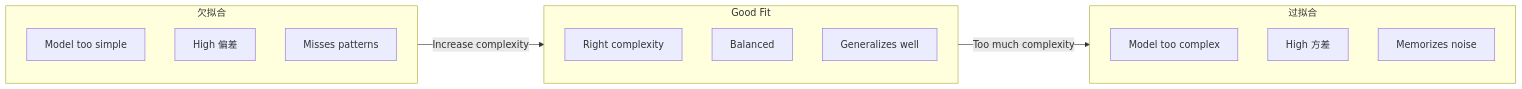
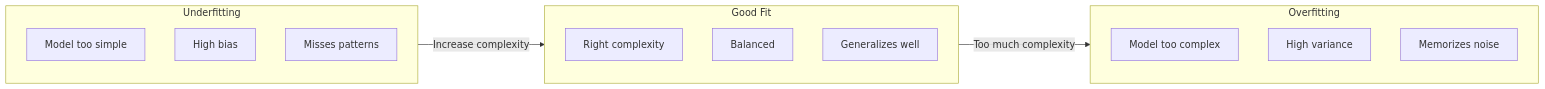
One commit to arwei944/ai-engineering-from-scratch changed the fifth of 6 diagrams in phases/02-ml-fundamentals/01-what-is-machine-learning/docs/zh.md. Above: the diagram before and after it, drawn with Mermaid. The commit also changed other lines of this file and 65 other files, not shown here.

````diff
--- a/phases/02-ml-fundamentals/01-what-is-machine-learning/docs/zh.md
+++ b/phases/02-ml-fundamentals/01-what-is-machine-learning/docs/zh.md
@@ -183,23 +183,23 @@
 ```mermaid
 flowchart LR
-    subgraph UF["欠拟合"]
+    subgraph UF["Underfitting"]
         U1["Model too simple"]
-        U2["High 偏差"]
+        U2["High bias"]
         U3["Misses patterns"]
     end
 
     subgraph GF["Good Fit"]
         G1["Right complexity"]
         G2["Balanced"]
         G3["Generalizes well"]
     end
 
-    subgraph OF["过拟合"]
+    subgraph OF["Overfitting"]
         O1["Model too complex"]
-        O2["High 方差"]
+        O2["High variance"]
         O3["Memorizes noise"]
     end
 
     UF -->|Increase complexity| GF
     GF -->|Too much complexity| OF
 ```
````
